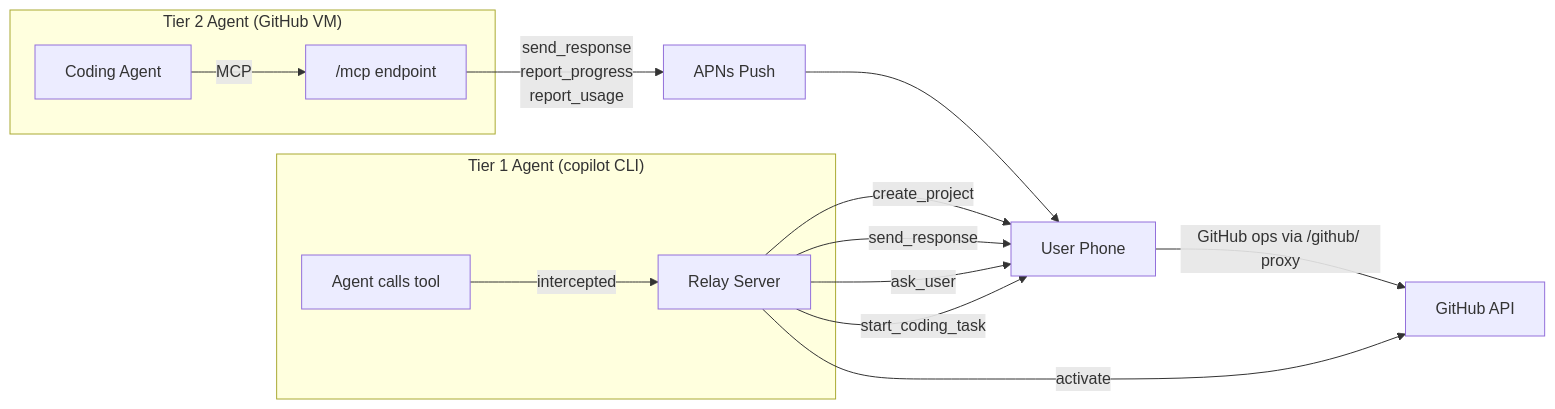
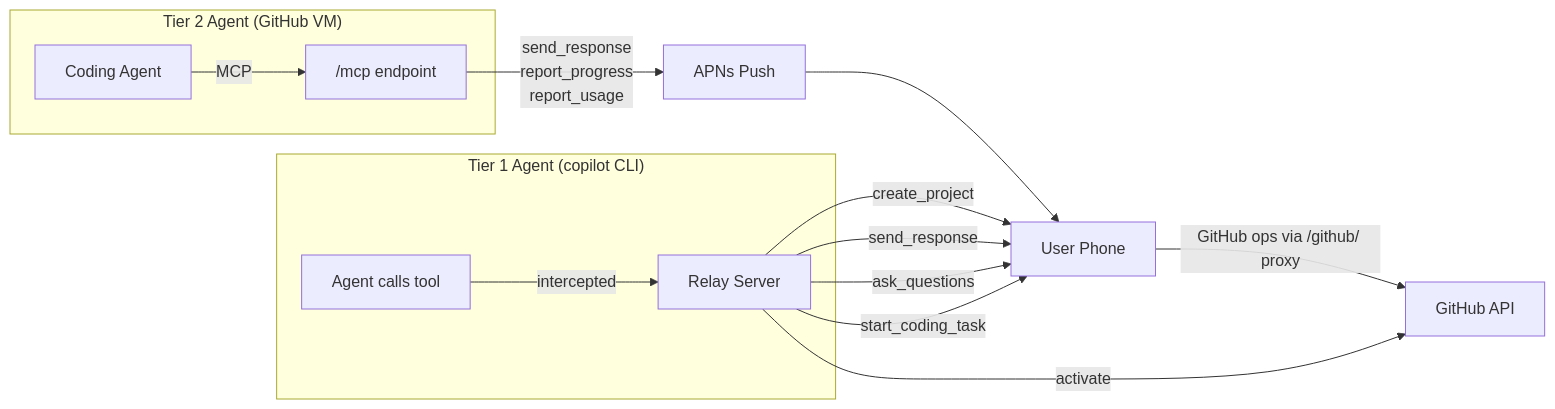
The second of 5 diagrams in docs/remote-project-dev-design-full.md (lalalic/neox), drawn with Mermaid before and after one commit. The commit also changed other lines of this file and 8 other files, not shown here.

First line of the commit message:
Migrate tests/docs from ask_user to ask_questions

````diff
--- a/docs/remote-project-dev-design-full.md
+++ b/docs/remote-project-dev-design-full.md
@@ -71,18 +71,18 @@
 ```mermaid
 graph LR
     subgraph "Tier 1 Agent (copilot CLI)"
         A[Agent calls tool] -->|intercepted| R[Relay Server]
     end
     R -->|"create_project"| Phone[User Phone]
     R -->|"send_response"| Phone
-    R -->|"ask_user"| Phone
+    R -->|"ask_questions"| Phone
     R -->|"start_coding_task"| Phone
     Phone -->|"GitHub ops via /github/ proxy"| GH[GitHub API]
     R -->|"activate"| GH
 
     subgraph "Tier 2 Agent (GitHub VM)"
         CA[Coding Agent] -->|MCP| MCP["/mcp endpoint"]
     end
     MCP -->|"send_response<br/>report_progress<br/>report_usage"| APNs[APNs Push]
     APNs --> Phone
 ```
````
